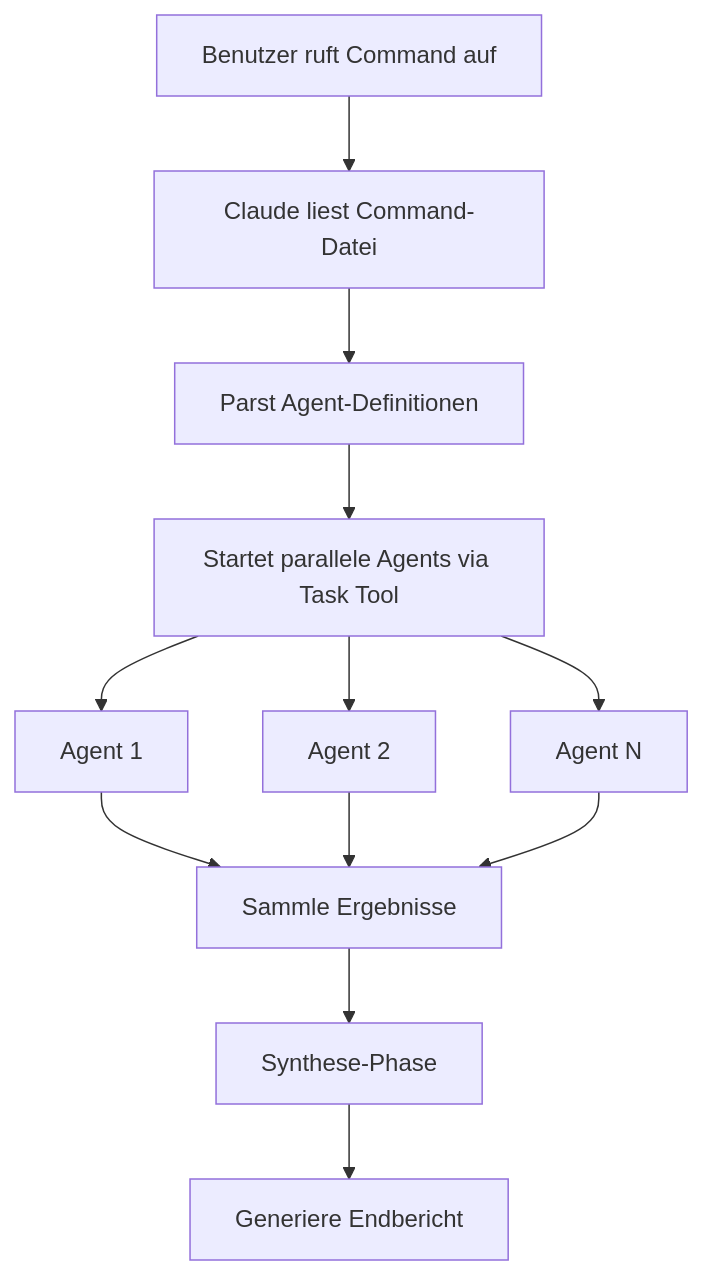
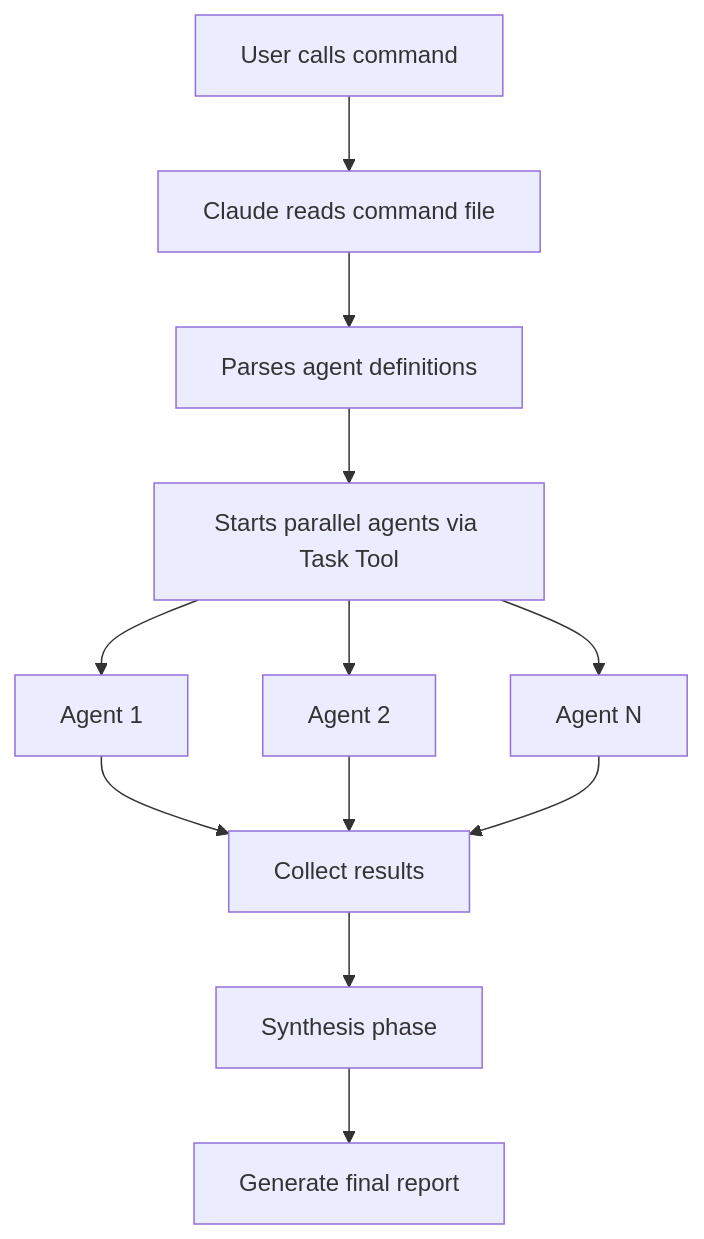
One commit to redpop/claude-code-toolkit changed the first of 2 diagrams in docs/architecture/TECHNICAL-GUIDE.md. Above: the diagram before and after it, drawn with Mermaid. The commit also changed other lines of this file and 17 other files, not shown here.

````diff
--- a/docs/architecture/TECHNICAL-GUIDE.md
+++ b/docs/architecture/TECHNICAL-GUIDE.md
@@ -30,14 +30,14 @@
 ```mermaid
 graph TD
-    A[Benutzer ruft Command auf] --> B[Claude liest Command-Datei]
-    B --> C[Parst Agent-Definitionen]
-    C --> D[Startet parallele Agents via Task Tool]
+    A[User calls command] --> B[Claude reads command file]
+    B --> C[Parses agent definitions]
+    C --> D[Starts parallel agents via Task Tool]
     D --> E1[Agent 1]
     D --> E2[Agent 2]
     D --> E3[Agent N]
-    E1 --> F[Sammle Ergebnisse]
+    E1 --> F[Collect results]
     E2 --> F
     E3 --> F
-    F --> G[Synthese-Phase]
-    G --> H[Generiere Endbericht]
+    F --> G[Synthesis phase]
+    G --> H[Generate final report]
 ```
````
